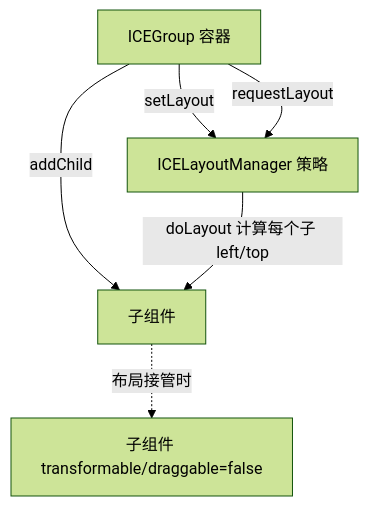
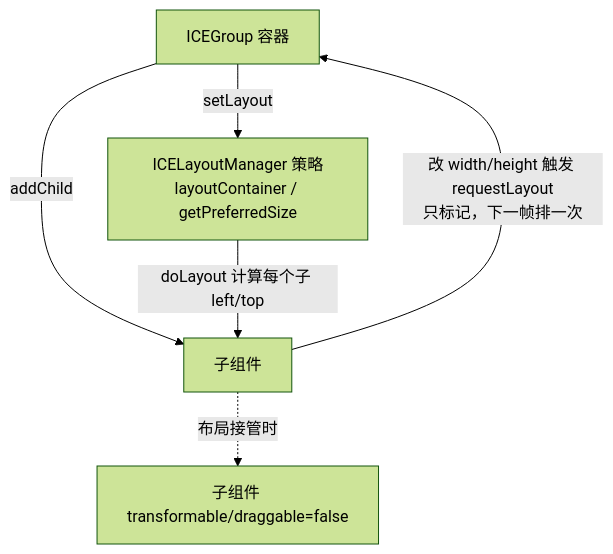
The diagram in docs/architecture/23-layout.md (ice-render/ice-render-doc), drawn with Mermaid (forest theme) before and after one commit. The commit also changed other lines of this file and 2 other files, not shown here.

First line of the commit message:
docs(layout): 修正布局机制文档的失实描述，补齐触发时机与序列化边界

````diff
--- a/docs/architecture/23-layout.md
+++ b/docs/architecture/23-layout.md
@@ -23,8 +25,8 @@
 ```mermaid
 graph TD
-    G[ICEGroup 容器] -->|setLayout| LM[ICELayoutManager 策略]
+    G[ICEGroup 容器] -->|setLayout| LM[ICELayoutManager 策略<br/>layoutContainer / getPreferredSize]
     G -->|addChild| CH[子组件]
     LM -->|doLayout 计算每个子 left/top| CH
-    G -->|requestLayout| LM
+    CH -->|改 width/height 触发 requestLayout<br/>只标记，下一帧排一次| G
     CH -. 布局接管时 .-> OFF[子组件 transformable/draggable=false]
 ```
````
